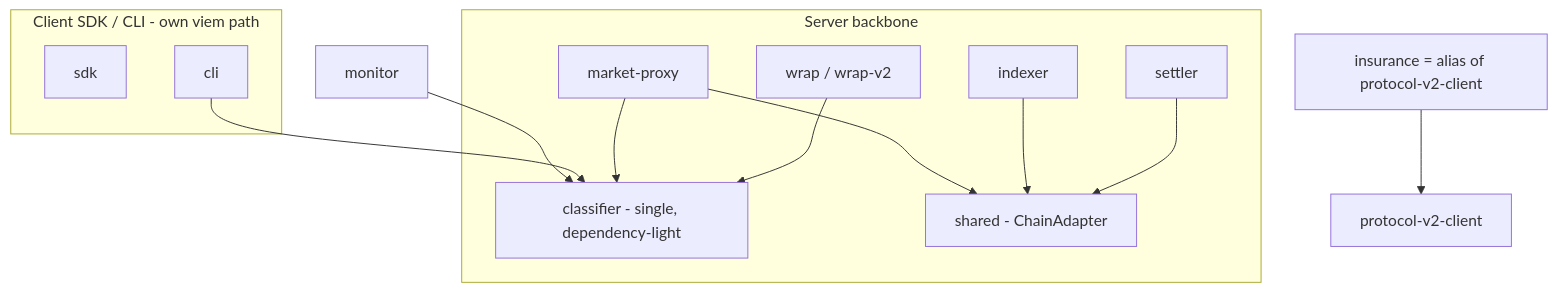
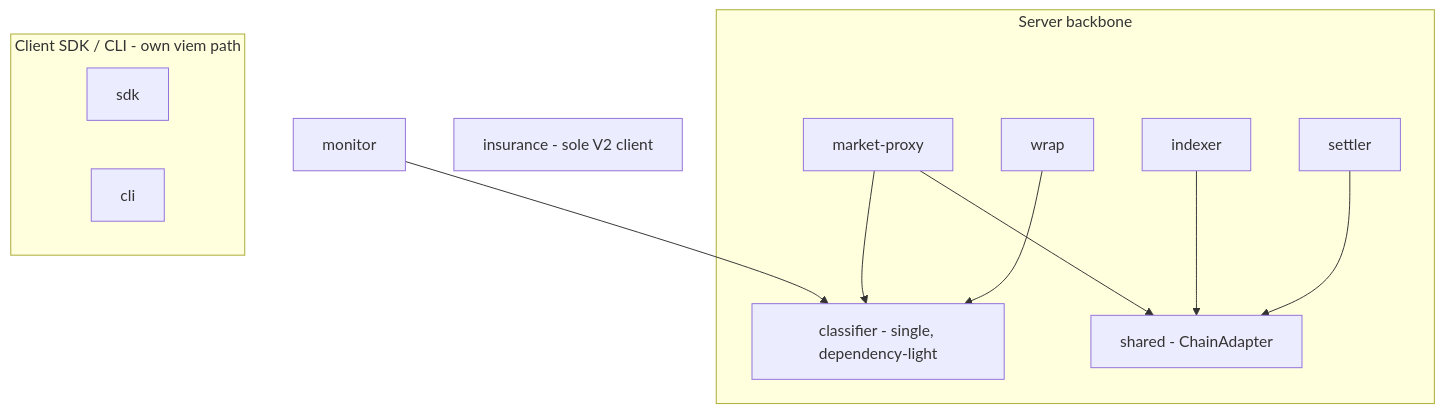
One commit to pactnetwork/pact-monitor changed the diagram in docs/architecture/DIVERGENCE-AUDIT.en.md. Above: the diagram before and after it, drawn with Mermaid. The commit also changed other lines of this file and 6 other files, not shown here.

First line of the commit message:
docs(architecture): sync package breakdown + V2-removal, add per-package breakdown

````diff
--- a/docs/architecture/DIVERGENCE-AUDIT.en.md
+++ b/docs/architecture/DIVERGENCE-AUDIT.en.md
@@ -69,17 +72,17 @@
 ```mermaid
 graph TD
     CLS[classifier - single, dependency-light]
     subgraph server["Server backbone"]
         SH[shared - ChainAdapter]
-        W[wrap / wrap-v2] --> CLS
+        W[wrap] --> CLS
         SET[settler] --> SH
         IDX[indexer] --> SH
         MP[market-proxy] --> SH & CLS
     end
     subgraph client["Client SDK / CLI - own viem path"]
         SDK[sdk]
-        CLI[cli] --> CLS
+        CLI[cli]
     end
-    INS[insurance = alias of protocol-v2-client] --> P2C[protocol-v2-client]
+    INS[insurance - sole V2 client]
     MON[monitor] --> CLS
 ```
````
